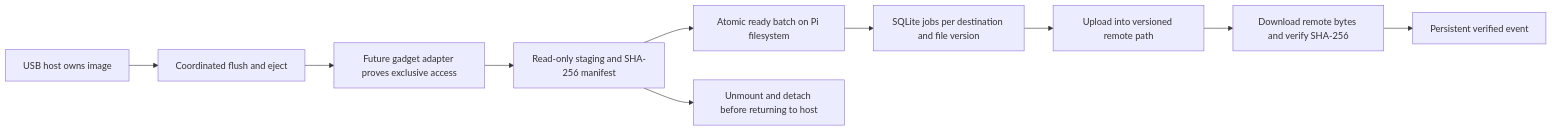
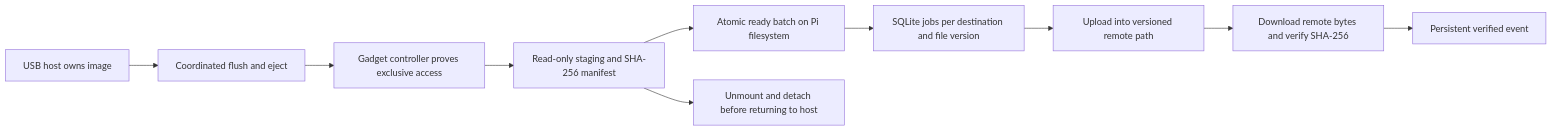
One commit to rtariq2015/raspi-cloud-sync-pro changed the first of 2 diagrams in docs/ARCHITECTURE.md. Above: the diagram before and after it, drawn with Mermaid. The commit also changed other lines of this file and 3 other files, not shown here.

````diff
--- a/docs/ARCHITECTURE.md
+++ b/docs/ARCHITECTURE.md
@@ -57,12 +58,12 @@
 ```mermaid
 flowchart LR
     H[USB host owns image] --> E[Coordinated flush and eject]
-    E --> X[Future gadget adapter proves exclusive access]
+    E --> X[Gadget controller proves exclusive access]
     X --> S[Read-only staging and SHA-256 manifest]
     S --> R[Atomic ready batch on Pi filesystem]
     R --> J[SQLite jobs per destination and file version]
     J --> U[Upload into versioned remote path]
     U --> V[Download remote bytes and verify SHA-256]
     V --> B[Persistent verified event]
     S --> T[Unmount and detach before returning to host]
 ```
````
